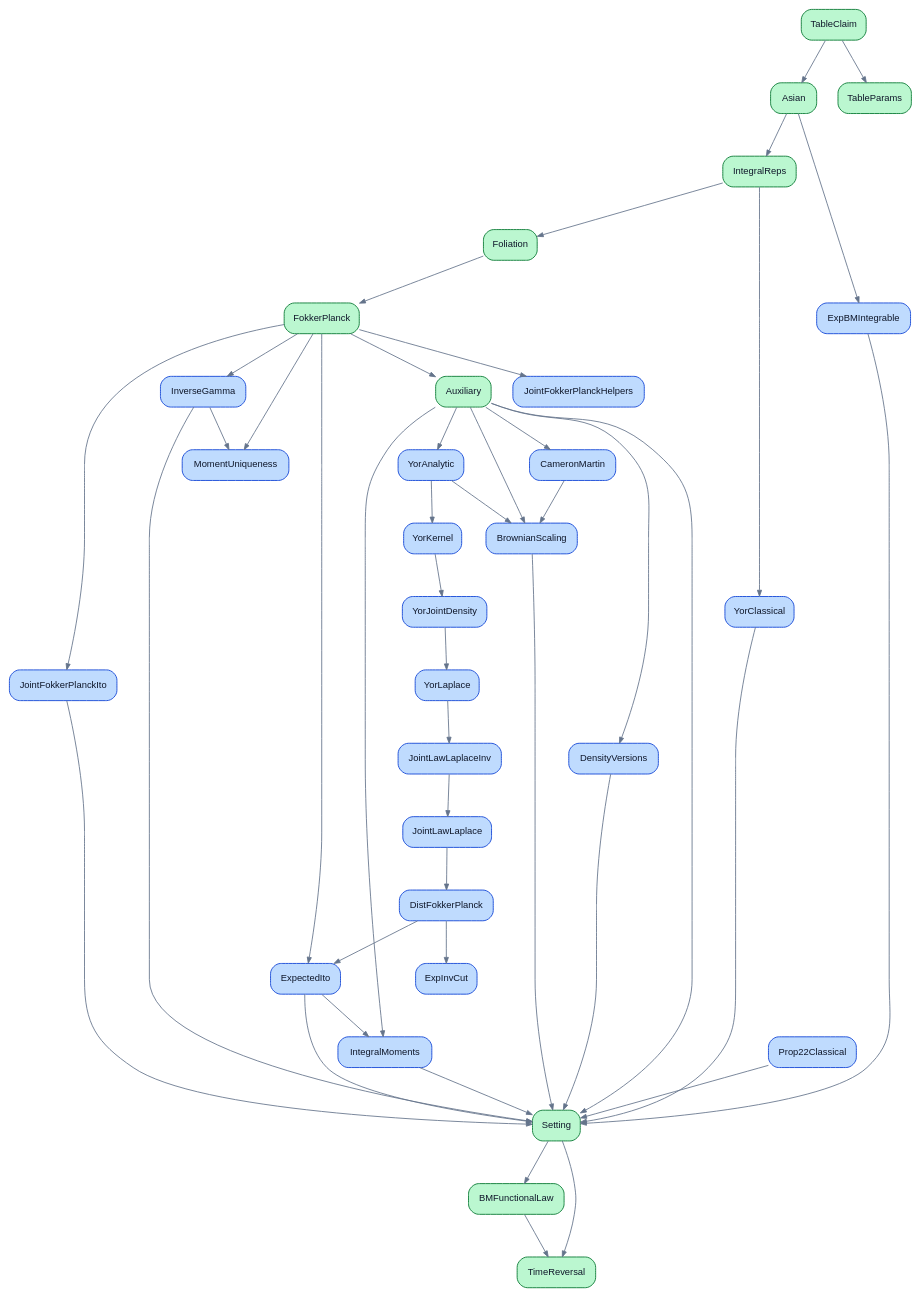
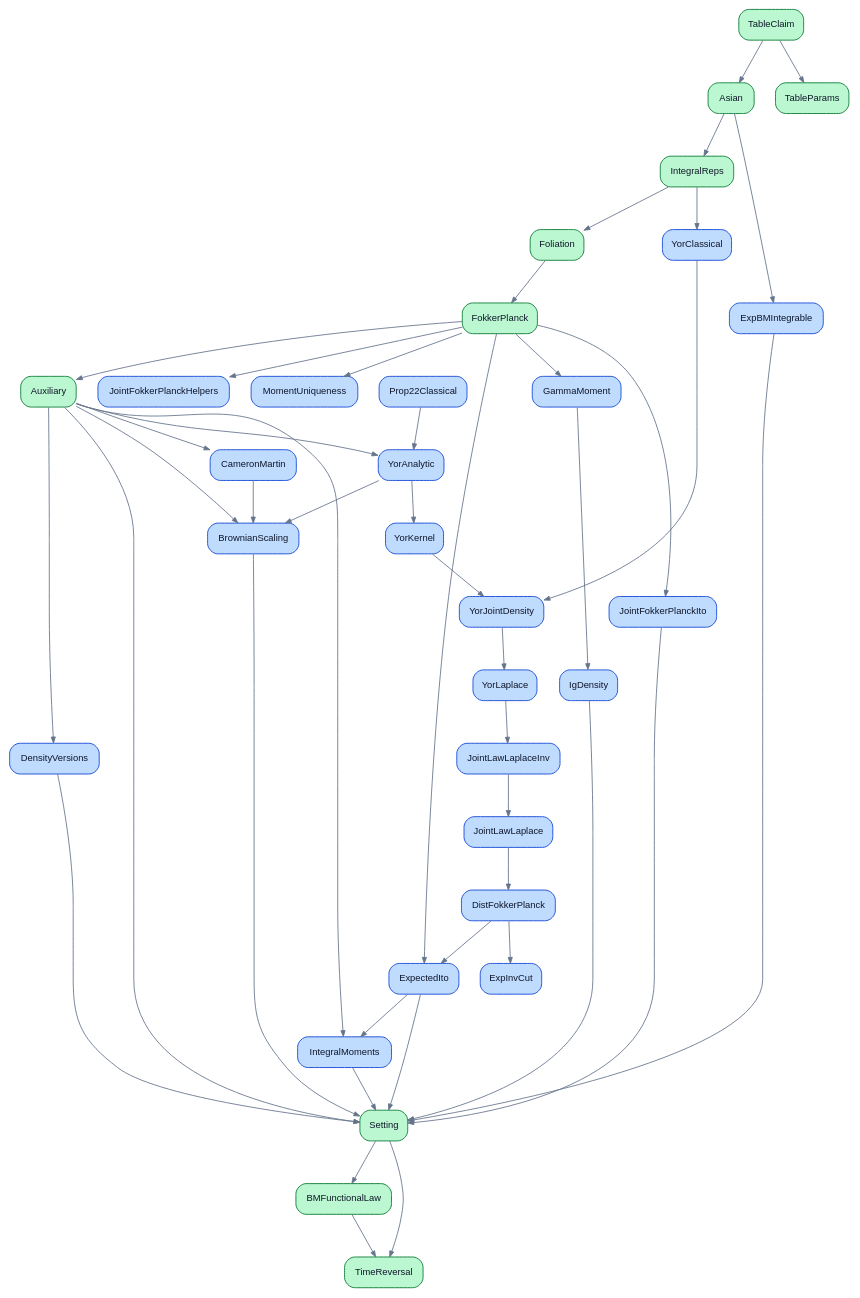
One commit to catskillsresearch/lyasoff2016 changed the diagram in Lyasoff2016_files.dot. Above: the diagram before and after it, drawn with Graphviz. The commit also changed 4 other files, not shown here.

First line of the commit message:
Split InverseGamma into IgDensity and GammaMoment with matching namespaces.

```diff
--- a/Lyasoff2016_files.dot
+++ b/Lyasoff2016_files.dot
@@ -1,78 +1,79 @@
 digraph Lyasoff2016_files {
   graph [rankdir=TB, bgcolor="white", fontname="Helvetica", nodesep=0.35, ranksep=0.7, splines=true];
   node  [shape=box, style="rounded,filled", fontname="Helvetica", fontsize=11, fontcolor="#0f172a", penwidth=1.1];
   edge  [color="#64748b", arrowsize=0.7, penwidth=1.0];
   "Lyasoff2016.Asian" [label="Asian", fillcolor="#bbf7d0", color="#15803d"];
   "Lyasoff2016.Auxiliary" [label="Auxiliary", fillcolor="#bbf7d0", color="#15803d"];
   "Lyasoff2016.BMFunctionalLaw" [label="BMFunctionalLaw", fillcolor="#bbf7d0", color="#15803d"];
   "Lyasoff2016.BrownianScaling" [label="BrownianScaling", fillcolor="#bfdbfe", color="#1d4ed8"];
   "Lyasoff2016.CameronMartin" [label="CameronMartin", fillcolor="#bfdbfe", color="#1d4ed8"];
   "Lyasoff2016.DensityVersions" [label="DensityVersions", fillcolor="#bfdbfe", color="#1d4ed8"];
   "Lyasoff2016.DistFokkerPlanck" [label="DistFokkerPlanck", fillcolor="#bfdbfe", color="#1d4ed8"];
   "Lyasoff2016.ExpBMIntegrable" [label="ExpBMIntegrable", fillcolor="#bfdbfe", color="#1d4ed8"];
   "Lyasoff2016.ExpInvCut" [label="ExpInvCut", fillcolor="#bfdbfe", color="#1d4ed8"];
   "Lyasoff2016.ExpectedIto" [label="ExpectedIto", fillcolor="#bfdbfe", color="#1d4ed8"];
   "Lyasoff2016.FokkerPlanck" [label="FokkerPlanck", fillcolor="#bbf7d0", color="#15803d"];
   "Lyasoff2016.Foliation" [label="Foliation", fillcolor="#bbf7d0", color="#15803d"];
+  "Lyasoff2016.GammaMoment" [label="GammaMoment", fillcolor="#bfdbfe", color="#1d4ed8"];
+  "Lyasoff2016.IgDensity" [label="IgDensity", fillcolor="#bfdbfe", color="#1d4ed8"];
   "Lyasoff2016.IntegralMoments" [label="IntegralMoments", fillcolor="#bfdbfe", color="#1d4ed8"];
   "Lyasoff2016.IntegralReps" [label="IntegralReps", fillcolor="#bbf7d0", color="#15803d"];
-  "Lyasoff2016.InverseGamma" [label="InverseGamma", fillcolor="#bfdbfe", color="#1d4ed8"];
   "Lyasoff2016.JointFokkerPlanckHelpers" [label="JointFokkerPlanckHelpers", fillcolor="#bfdbfe", color="#1d4ed8"];
   "Lyasoff2016.JointFokkerPlanckIto" [label="JointFokkerPlanckIto", fillcolor="#bfdbfe", color="#1d4ed8"];
   "Lyasoff2016.JointLawLaplace" [label="JointLawLaplace", fillcolor="#bfdbfe", color="#1d4ed8"];
   "Lyasoff2016.JointLawLaplaceInv" [label="JointLawLaplaceInv", fillcolor="#bfdbfe", color="#1d4ed8"];
   "Lyasoff2016.MomentUniqueness" [label="MomentUniqueness", fillcolor="#bfdbfe", color="#1d4ed8"];
   "Lyasoff2016.Prop22Classical" [label="Prop22Classical", fillcolor="#bfdbfe", color="#1d4ed8"];
   "Lyasoff2016.Setting" [label="Setting", fillcolor="#bbf7d0", color="#15803d"];
   "Lyasoff2016.TableClaim" [label="TableClaim", fillcolor="#bbf7d0", color="#15803d"];
   "Lyasoff2016.TableParams" [label="TableParams", fillcolor="#bbf7d0", color="#15803d"];
   "Lyasoff2016.TimeReversal" [label="TimeReversal", fillcolor="#bbf7d0", color="#15803d"];
   "Lyasoff2016.YorAnalytic" [label="YorAnalytic", fillcolor="#bfdbfe", color="#1d4ed8"];
   "Lyasoff2016.YorClassical" [label="YorClassical", fillcolor="#bfdbfe", color="#1d4ed8"];
   "Lyasoff2016.YorJointDensity" [label="YorJointDensity", fillcolor="#bfdbfe", color="#1d4ed8"];
   "Lyasoff2016.YorKernel" [label="YorKernel", fillcolor="#bfdbfe", color="#1d4ed8"];
   "Lyasoff2016.YorLaplace" [label="YorLaplace", fillcolor="#bfdbfe", color="#1d4ed8"];
   "Lyasoff2016.Asian" -> "Lyasoff2016.ExpBMIntegrable";
   "Lyasoff2016.Asian" -> "Lyasoff2016.IntegralReps";
   "Lyasoff2016.Auxiliary" -> "Lyasoff2016.BrownianScaling";
   "Lyasoff2016.Auxiliary" -> "Lyasoff2016.CameronMartin";
   "Lyasoff2016.Auxiliary" -> "Lyasoff2016.DensityVersions";
   "Lyasoff2016.Auxiliary" -> "Lyasoff2016.IntegralMoments";
   "Lyasoff2016.Auxiliary" -> "Lyasoff2016.Setting";
   "Lyasoff2016.Auxiliary" -> "Lyasoff2016.YorAnalytic";
   "Lyasoff2016.BMFunctionalLaw" -> "Lyasoff2016.TimeReversal";
   "Lyasoff2016.BrownianScaling" -> "Lyasoff2016.Setting";
   "Lyasoff2016.CameronMartin" -> "Lyasoff2016.BrownianScaling";
   "Lyasoff2016.DensityVersions" -> "Lyasoff2016.Setting";
   "Lyasoff2016.DistFokkerPlanck" -> "Lyasoff2016.ExpInvCut";
   "Lyasoff2016.DistFokkerPlanck" -> "Lyasoff2016.ExpectedIto";
   "Lyasoff2016.ExpBMIntegrable" -> "Lyasoff2016.Setting";
   "Lyasoff2016.ExpectedIto" -> "Lyasoff2016.IntegralMoments";
   "Lyasoff2016.ExpectedIto" -> "Lyasoff2016.Setting";
   "Lyasoff2016.FokkerPlanck" -> "Lyasoff2016.Auxiliary";
   "Lyasoff2016.FokkerPlanck" -> "Lyasoff2016.ExpectedIto";
-  "Lyasoff2016.FokkerPlanck" -> "Lyasoff2016.InverseGamma";
+  "Lyasoff2016.FokkerPlanck" -> "Lyasoff2016.GammaMoment";
   "Lyasoff2016.FokkerPlanck" -> "Lyasoff2016.JointFokkerPlanckHelpers";
   "Lyasoff2016.FokkerPlanck" -> "Lyasoff2016.JointFokkerPlanckIto";
   "Lyasoff2016.FokkerPlanck" -> "Lyasoff2016.MomentUniqueness";
   "Lyasoff2016.Foliation" -> "Lyasoff2016.FokkerPlanck";
+  "Lyasoff2016.GammaMoment" -> "Lyasoff2016.IgDensity";
+  "Lyasoff2016.IgDensity" -> "Lyasoff2016.Setting";
   "Lyasoff2016.IntegralMoments" -> "Lyasoff2016.Setting";
   "Lyasoff2016.IntegralReps" -> "Lyasoff2016.Foliation";
   "Lyasoff2016.IntegralReps" -> "Lyasoff2016.YorClassical";
-  "Lyasoff2016.InverseGamma" -> "Lyasoff2016.MomentUniqueness";
-  "Lyasoff2016.InverseGamma" -> "Lyasoff2016.Setting";
   "Lyasoff2016.JointFokkerPlanckIto" -> "Lyasoff2016.Setting";
   "Lyasoff2016.JointLawLaplace" -> "Lyasoff2016.DistFokkerPlanck";
   "Lyasoff2016.JointLawLaplaceInv" -> "Lyasoff2016.JointLawLaplace";
-  "Lyasoff2016.Prop22Classical" -> "Lyasoff2016.Setting";
+  "Lyasoff2016.Prop22Classical" -> "Lyasoff2016.YorAnalytic";
   "Lyasoff2016.Setting" -> "Lyasoff2016.BMFunctionalLaw";
   "Lyasoff2016.Setting" -> "Lyasoff2016.TimeReversal";
   "Lyasoff2016.TableClaim" -> "Lyasoff2016.Asian";
   "Lyasoff2016.TableClaim" -> "Lyasoff2016.TableParams";
   "Lyasoff2016.YorAnalytic" -> "Lyasoff2016.BrownianScaling";
   "Lyasoff2016.YorAnalytic" -> "Lyasoff2016.YorKernel";
-  "Lyasoff2016.YorClassical" -> "Lyasoff2016.Setting";
+  "Lyasoff2016.YorClassical" -> "Lyasoff2016.YorJointDensity";
   "Lyasoff2016.YorJointDensity" -> "Lyasoff2016.YorLaplace";
   "Lyasoff2016.YorKernel" -> "Lyasoff2016.YorJointDensity";
   "Lyasoff2016.YorLaplace" -> "Lyasoff2016.JointLawLaplaceInv";
 }
```
